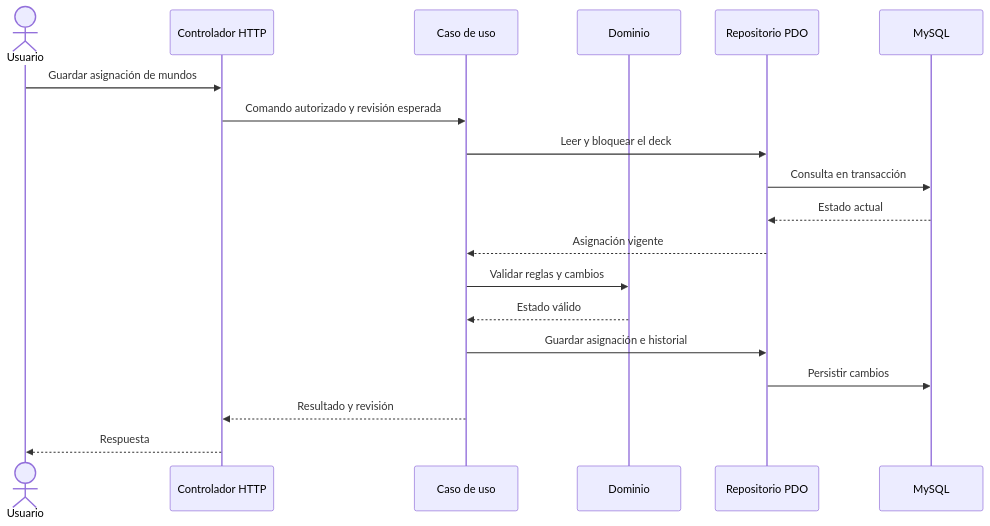
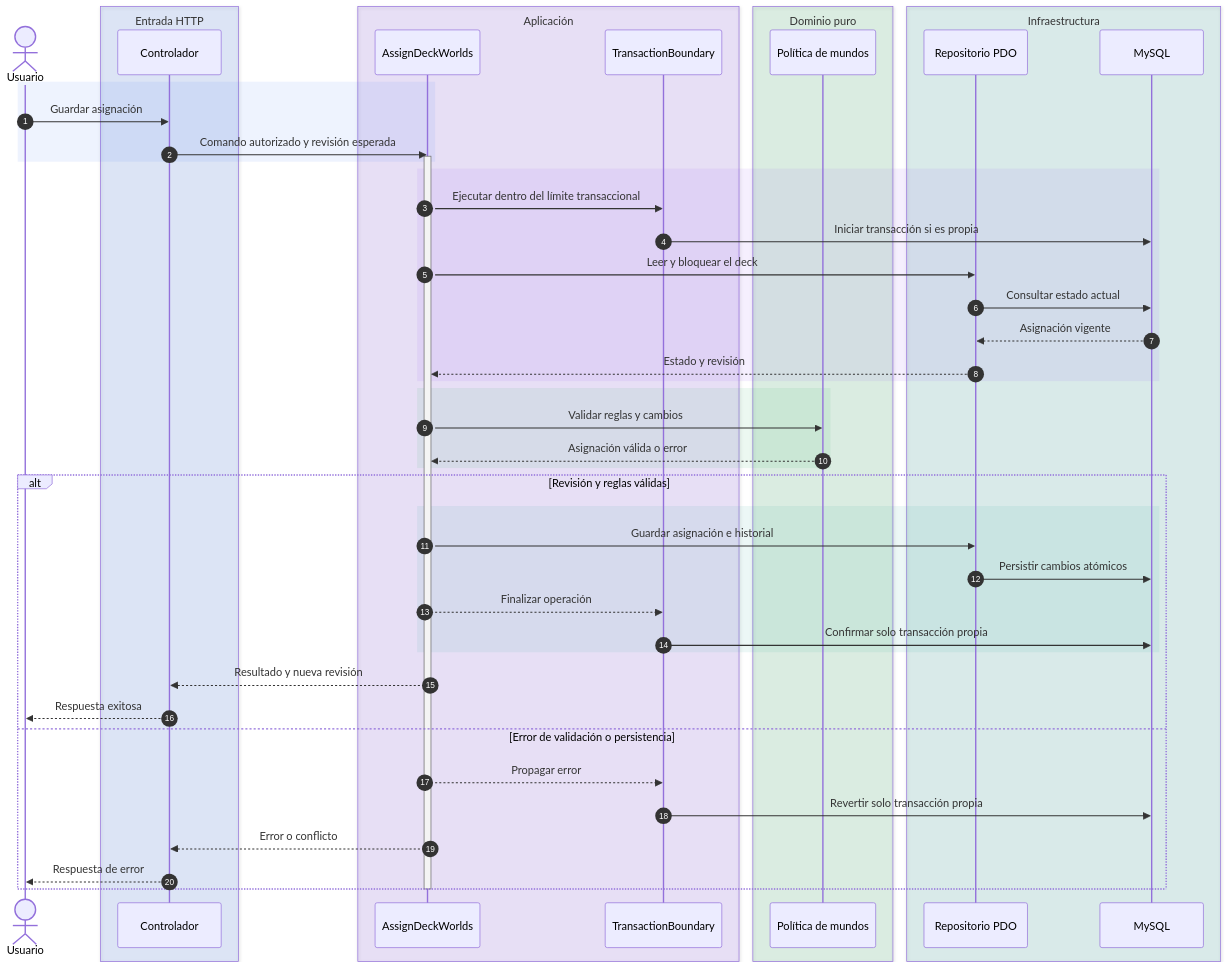
The fourth of 8 diagrams in README.md (senior23enginer-coder/platform-yugioh-md), drawn with Mermaid before and after one commit. The commit also changed other lines of this file, not shown here.

Commit message:
docs: enrich architecture diagrams with visual layers and semantic colors

````diff
--- a/README.md
+++ b/README.md
@@ -398,21 +503,52 @@
 ```mermaid
 sequenceDiagram
+    autonumber
     actor U as Usuario
-    participant H as Controlador HTTP
-    participant A as Caso de uso
-    participant D as Dominio
-    participant R as Repositorio PDO
-    participant B as MySQL
-    U->>H: Guardar asignación de mundos
-    H->>A: Comando autorizado y revisión esperada
-    A->>R: Leer y bloquear el deck
-    R->>B: Consulta en transacción
-    B-->>R: Estado actual
-    R-->>A: Asignación vigente
-    A->>D: Validar reglas y cambios
-    D-->>A: Estado válido
-    A->>R: Guardar asignación e historial
-    R->>B: Persistir cambios
-    A-->>H: Resultado y revisión
-    H-->>U: Respuesta
+    box rgba(37,99,235,0.12) Entrada HTTP
+        participant H as Controlador
+    end
+    box rgba(124,58,237,0.12) Aplicación
+        participant A as AssignDeckWorlds
+        participant T as TransactionBoundary
+    end
+    box rgba(22,163,74,0.12) Dominio puro
+        participant D as Política de mundos
+    end
+    box rgba(13,148,136,0.12) Infraestructura
+        participant R as Repositorio PDO
+        participant B as MySQL
+    end
+    rect rgba(37,99,235,0.08)
+        U->>H: Guardar asignación
+        H->>A: Comando autorizado y revisión esperada
+        activate A
+    end
+    rect rgba(124,58,237,0.08)
+        A->>T: Ejecutar dentro del límite transaccional
+        T->>B: Iniciar transacción si es propia
+        A->>R: Leer y bloquear el deck
+        R->>B: Consultar estado actual
+        B-->>R: Asignación vigente
+        R-->>A: Estado y revisión
+    end
+    rect rgba(22,163,74,0.08)
+        A->>D: Validar reglas y cambios
+        D-->>A: Asignación válida o error
+    end
+    alt Revisión y reglas válidas
+        rect rgba(13,148,136,0.08)
+            A->>R: Guardar asignación e historial
+            R->>B: Persistir cambios atómicos
+            A-->>T: Finalizar operación
+            T->>B: Confirmar solo transacción propia
+        end
+        A-->>H: Resultado y nueva revisión
+        H-->>U: Respuesta exitosa
+    else Error de validación o persistencia
+        A-->>T: Propagar error
+        T->>B: Revertir solo transacción propia
+        A-->>H: Error o conflicto
+        H-->>U: Respuesta de error
+    end
+    deactivate A
 ```
````
